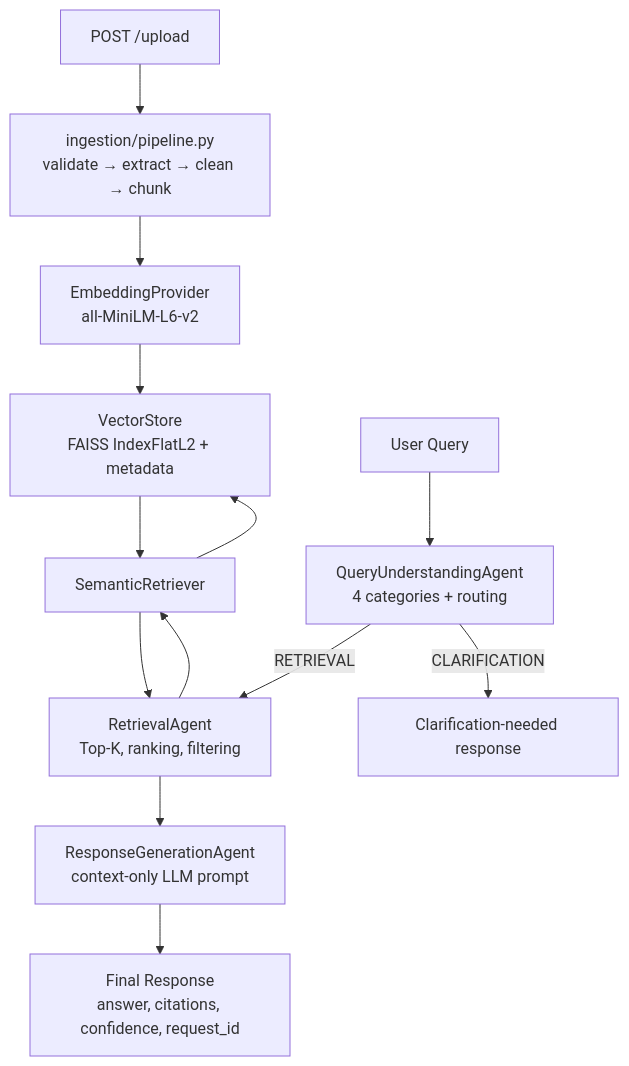
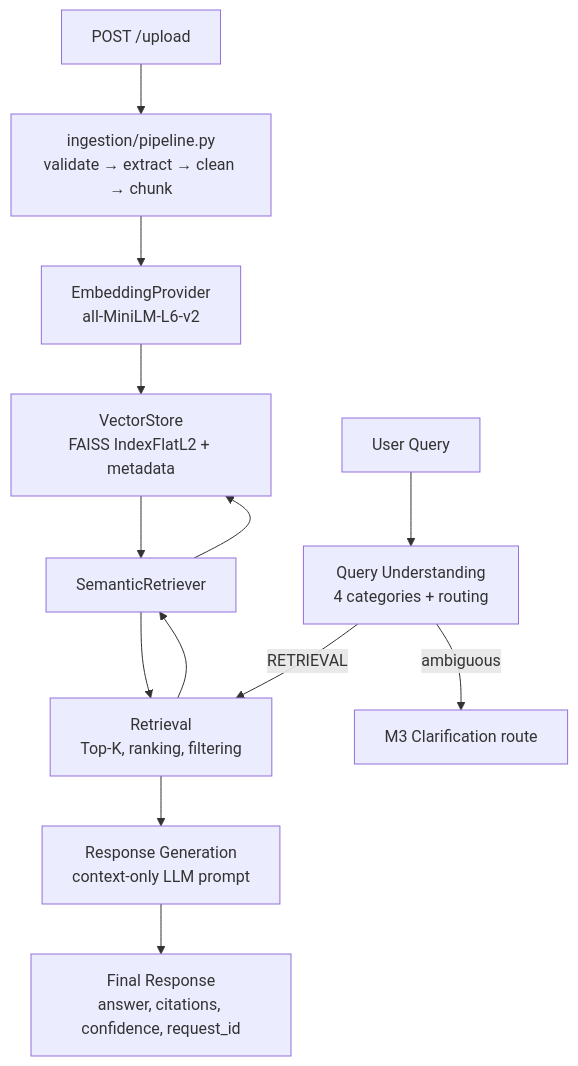
The diagram in architecture/system-architecture.md (Jhansi1717/rag-multi-agent-knowledge-assistant), drawn with Mermaid before and after one commit. The commit also changed other lines of this file and 27 other files, not shown here.

Commit message:
feat: complete milestone 2 multi-agent query resolution

````diff
--- a/architecture/system-architecture.md
+++ b/architecture/system-architecture.md
@@ -9,22 +9,22 @@
 ```mermaid
 flowchart TB
     UPLOAD["POST /upload"]
     PIPE["ingestion/pipeline.py\nvalidate → extract → clean → chunk"]
     EMBED["EmbeddingProvider\nall-MiniLM-L6-v2"]
     STORE["VectorStore\nFAISS IndexFlatL2 + metadata"]
     QUERY["User Query"]
-    QU["QueryUnderstandingAgent\n4 categories + routing"]
-    RET["RetrievalAgent\nTop-K, ranking, filtering"]
+    QU["Query Understanding\n4 categories + routing"]
+    RET["Retrieval\nTop-K, ranking, filtering"]
     SR["SemanticRetriever"]
-    RG["ResponseGenerationAgent\ncontext-only LLM prompt"]
+    RG["Response Generation\ncontext-only LLM prompt"]
     FINAL["Final Response\nanswer, citations, confidence, request_id"]
-    CLAR["Clarification-needed response"]
+    CLAR["M3 Clarification route"]
 
     UPLOAD --> PIPE --> EMBED --> STORE
     QUERY --> QU
     QU -->|"RETRIEVAL"| RET
     RET --> SR --> STORE
     STORE --> SR --> RET
     RET --> RG --> FINAL
-    QU -->|"CLARIFICATION"| CLAR
+    QU -->|"ambiguous"| CLAR
 ```
````
